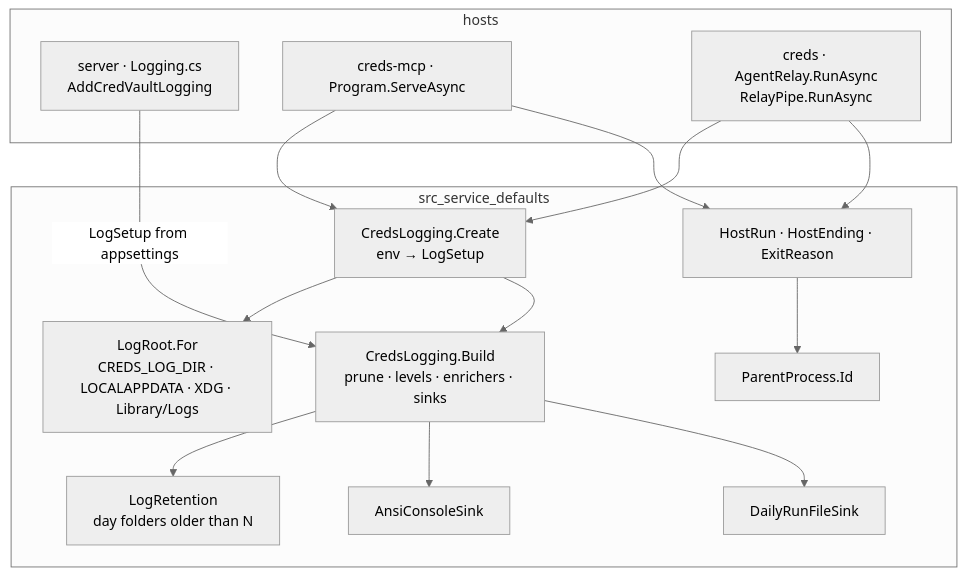
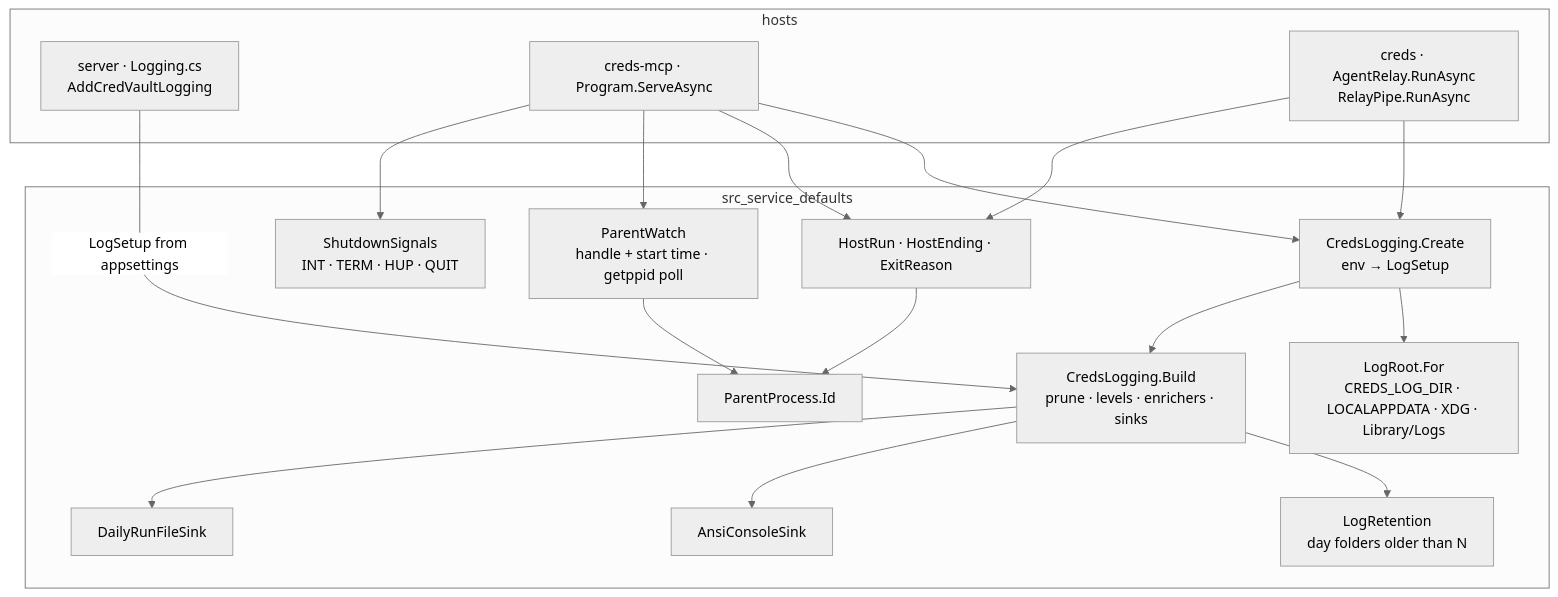
The diagram in research/module_service_defaults.md (oleksandrdubyna88/dew_flow_creds_for_devs), drawn with Mermaid (neutral theme) before and after one commit. The commit also changed other lines of this file and 33 other files, not shown here.

````diff
--- a/research/module_service_defaults.md
+++ b/research/module_service_defaults.md
@@ -19,29 +26,34 @@
 ```mermaid
 flowchart TB
     subgraph hosts["hosts"]
         server["server · Logging.cs<br/>AddCredVaultLogging"]
         mcp["creds-mcp · Program.ServeAsync"]
         relay["creds · AgentRelay.RunAsync<br/>RelayPipe.RunAsync"]
     end
     subgraph lib["src_service_defaults"]
         create["CredsLogging.Create<br/>env → LogSetup"]
         root["LogRoot.For<br/>CREDS_LOG_DIR · LOCALAPPDATA · XDG · Library/Logs"]
         build["CredsLogging.Build<br/>prune · levels · enrichers · sinks"]
         retention["LogRetention<br/>day folders older than N"]
         console["AnsiConsoleSink"]
         file["DailyRunFileSink"]
         run["HostRun · HostEnding · ExitReason"]
         ppid["ParentProcess.Id"]
+        watch["ParentWatch<br/>handle + start time · getppid poll"]
+        signals["ShutdownSignals<br/>INT · TERM · HUP · QUIT"]
     end
     server -->|"LogSetup from appsettings"| build
     mcp --> create
     relay --> create
     create --> root
     create --> build
     build --> retention
     build --> console
     build --> file
     mcp --> run
     relay --> run
     run --> ppid
+    mcp --> watch
+    mcp --> signals
+    watch --> ppid
 ```
````
